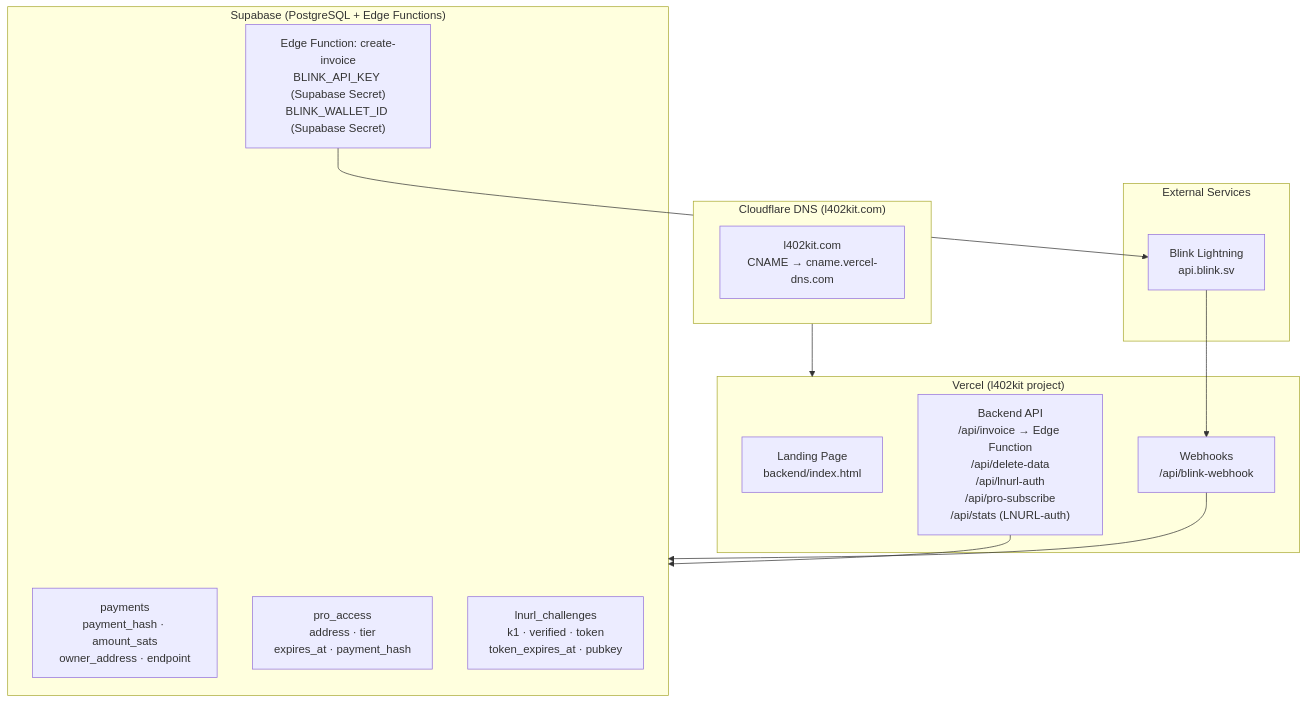
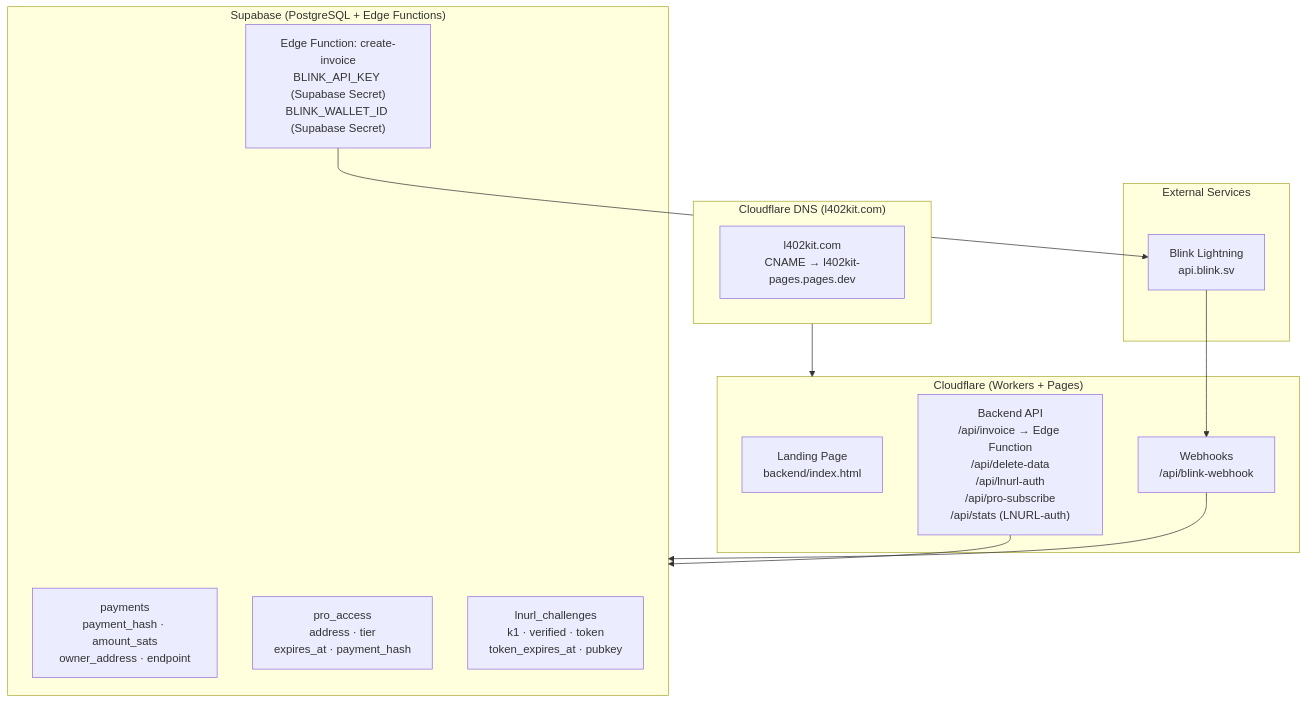
The seventh of 8 diagrams in docs/guides/flows.mdx (ShinyDapps/l402-kit), drawn with Mermaid before and after one commit. The commit also changed other lines of this file and 40 other files, not shown here.

First line of the commit message:
chore: remove all Vercel references — 100% Cloudflare

````diff
--- a/docs/guides/flows.mdx
+++ b/docs/guides/flows.mdx
@@ -198,29 +198,29 @@
 ```mermaid
 flowchart TB
     subgraph CF["Cloudflare DNS (l402kit.com)"]
-        DNS["l402kit.com\nCNAME → cname.vercel-dns.com"]
+        DNS["l402kit.com\nCNAME → l402kit-pages.pages.dev"]
     end
 
-    subgraph VCL["Vercel (l402kit project)"]
+    subgraph VCL["Cloudflare (Workers + Pages)"]
         LAND["Landing Page\nbackend/index.html"]
         API["Backend API\n/api/invoice → Edge Function\n/api/delete-data\n/api/lnurl-auth\n/api/pro-subscribe\n/api/stats (LNURL-auth)"]
         HOOK["Webhooks\n/api/blink-webhook"]
     end
 
     subgraph SB["Supabase (PostgreSQL + Edge Functions)"]
         PAY["payments\npayment_hash · amount_sats\nowner_address · endpoint"]
         PRO["pro_access\naddress · tier\nexpires_at · payment_hash"]
         LNURL["lnurl_challenges\nk1 · verified · token\ntoken_expires_at · pubkey"]
         EF["Edge Function: create-invoice\nBLINK_API_KEY (Supabase Secret)\nBLINK_WALLET_ID (Supabase Secret)"]
     end
 
     subgraph EXT["External Services"]
         BLINK["Blink Lightning\napi.blink.sv"]
     end
 
     CF --> VCL
     API --> SB
     HOOK --> SB
     EF --> BLINK
     BLINK --> HOOK
 ```
````
